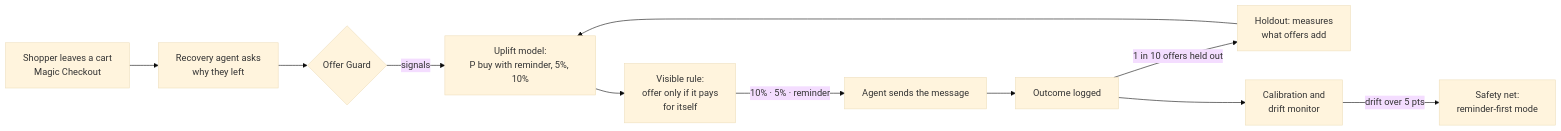
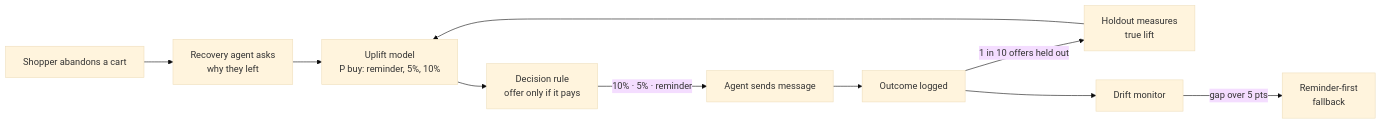
One commit to rithi-shetty/offer-guard changed the diagram in README.md. Above: the diagram before and after it, drawn with Mermaid (base theme). The commit also changed other lines of this file and 1 other file, not shown here.

````diff
--- a/README.md
+++ b/README.md
@@ -96,13 +174,12 @@
 ```mermaid
 flowchart LR
-    A[Shopper leaves a cart<br/>Magic Checkout] --> B[Recovery agent asks<br/>why they left]
-    B --> C{Offer Guard}
-    C -->|signals| M[Uplift model:<br/>P buy with reminder, 5%, 10%]
-    M --> R[Visible rule:<br/>offer only if it pays<br/>for itself]
-    R -->|10% · 5% · reminder| D[Agent sends the message]
-    D --> E[Outcome logged]
-    E -->|1 in 10 offers held out| H[Holdout: measures<br/>what offers add]
-    E --> F[Calibration and<br/>drift monitor]
-    F -->|drift over 5 pts| S[Safety net:<br/>reminder-first mode]
-    H --> M
+    A[Shopper abandons a cart] --> B[Recovery agent asks<br/>why they left]
+    B --> C[Uplift model<br/>P buy: reminder, 5%, 10%]
+    C --> D[Decision rule<br/>offer only if it pays]
+    D -->|10% · 5% · reminder| E[Agent sends message]
+    E --> F[Outcome logged]
+    F -->|1 in 10 offers held out| G[Holdout measures<br/>true lift]
+    F --> H[Drift monitor]
+    H -->|gap over 5 pts| I[Reminder-first<br/>fallback]
+    G --> C
 ```
````
